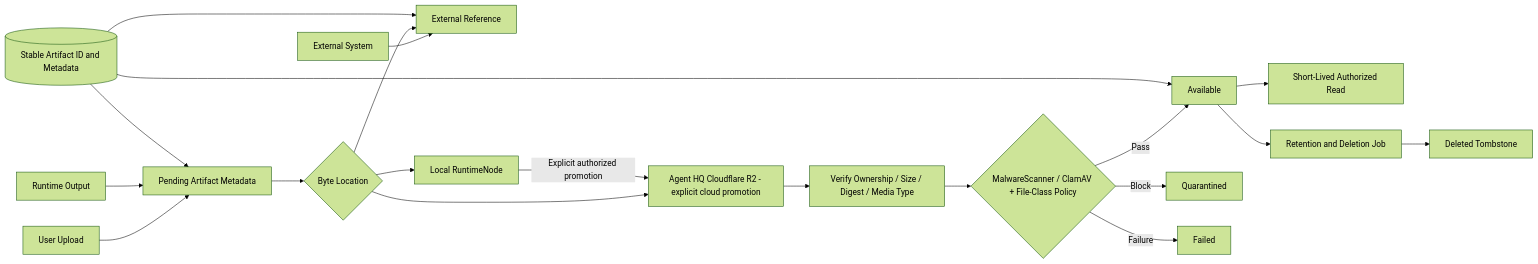
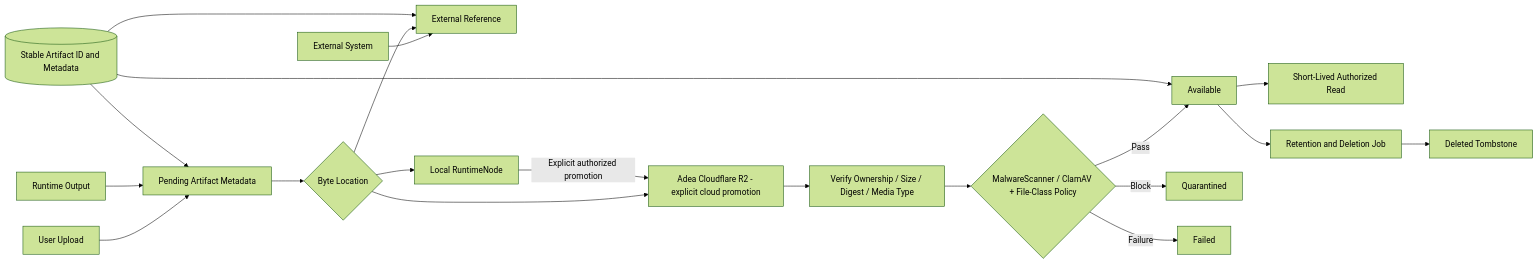
Before and after one commit to adea-ai/adea: diagram 17 of 18 in docs/architecture/diagram-sources.md, drawn with Mermaid (forest theme). The commit also changed other lines of this file and 72 other files, not shown here.

Commit message:
chore(brand): rename user-visible Agent HQ strings to Adea (#257)

````diff
--- a/docs/architecture/diagram-sources.md
+++ b/docs/architecture/diagram-sources.md
@@ -575,22 +575,22 @@
 ```mermaid
 flowchart LR
     U[User Upload] --> P[Pending Artifact Metadata]
     R[Runtime Output] --> P
     X[External System] --> ER[External Reference]
     P --> D{Byte Location}
     D --> L[Local RuntimeNode]
-    D --> C[Agent HQ Cloudflare R2 - explicit cloud promotion]
+    D --> C[Adea Cloudflare R2 - explicit cloud promotion]
     D --> ER
     L -->|Explicit authorized promotion| C
     C --> V[Verify Ownership / Size / Digest / Media Type]
     V --> S{MalwareScanner / ClamAV + File-Class Policy}
     S -->|Pass| A[Available]
     S -->|Block| Q[Quarantined]
     S -->|Failure| F[Failed]
     A --> DL[Short-Lived Authorized Read]
     A --> RET[Retention and Deletion Job]
     RET --> DEL[Deleted Tombstone]
     META[(Stable Artifact ID and Metadata)] --> P
     META --> ER
     META --> A
 ```
````
